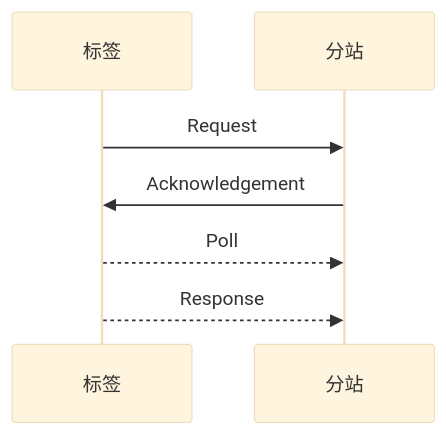
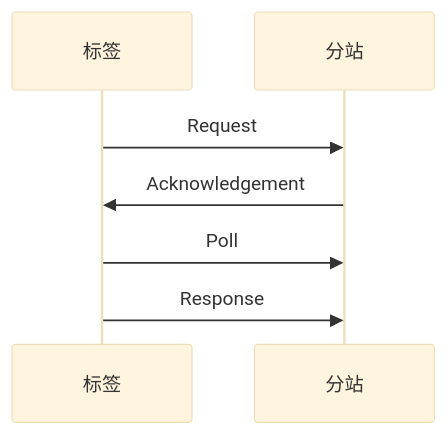
Before and after one commit to geek-zhao/iodraw-files: the diagram in all/未命名.md, drawn with Mermaid (base theme).

Commit message:
2024-08-17 13:55:18 update

````diff
--- a/all/未命名.md
+++ b/all/未命名.md
@@ -1,8 +1,8 @@
 ```mermaid
 sequenceDiagram
     标签->>分站: Request
     分站->>标签: Acknowledgement
-    标签-->>分站: Poll
-    标签-->>分站:  Response
+    标签->>分站: Poll
+    标签->>分站:  Response
             
 ```
````
